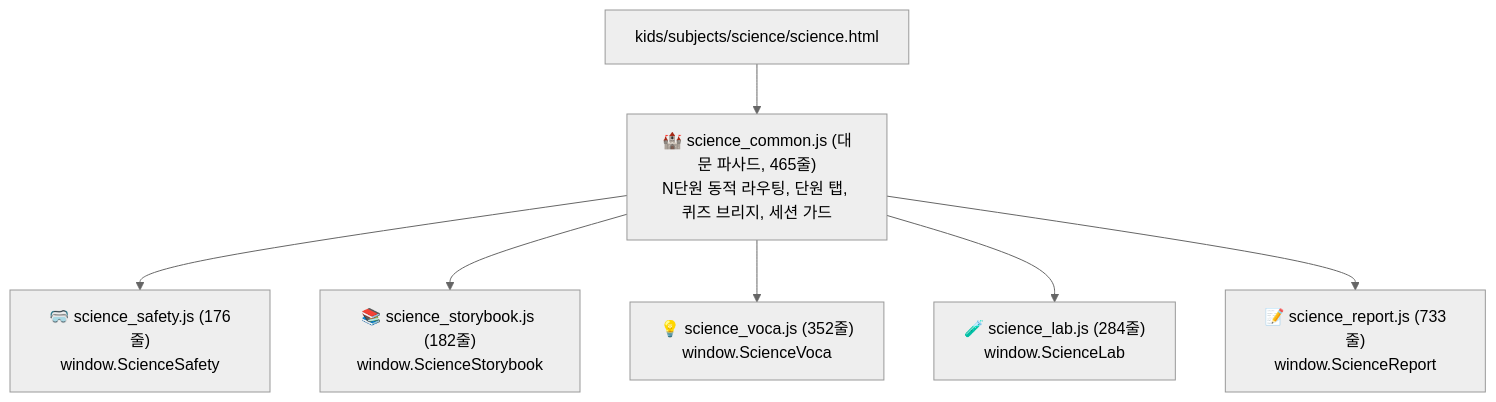
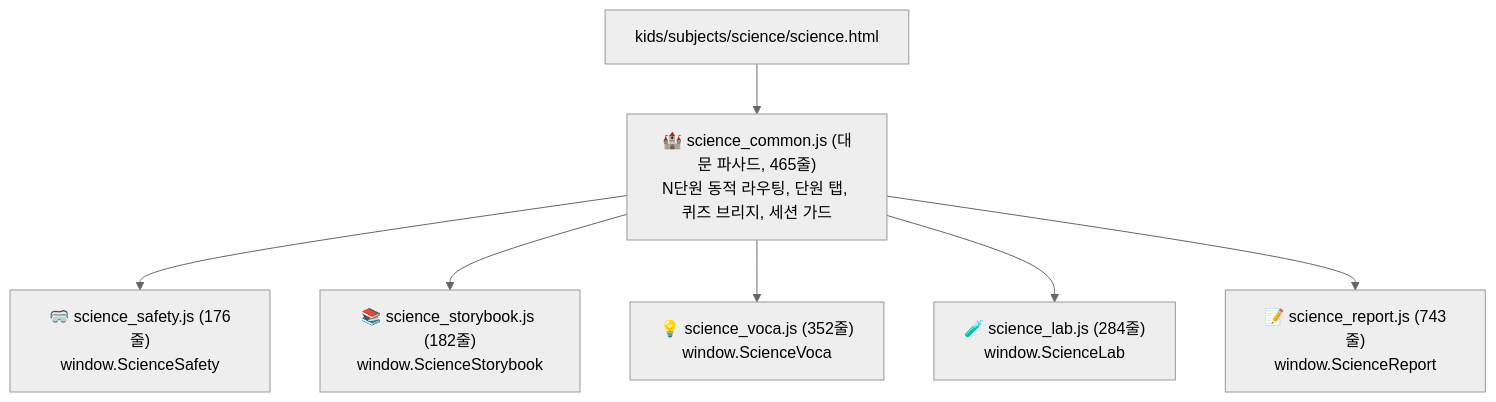
The second of 2 diagrams in docs/science_spec.md (awslike6-web/kids-school), drawn with Mermaid (neutral theme) before and after one commit. The commit also changed other lines of this file and 15 other files, not shown here.

````diff
--- a/docs/science_spec.md
+++ b/docs/science_spec.md
@@ -64,10 +64,10 @@
 ```mermaid
 graph TD
     HTML["kids/subjects/science/science.html"] --> Facade["🏰 science_common.js (대문 파사드, 465줄)<br>N단원 동적 라우팅, 단원 탭, 퀴즈 브리지, 세션 가드"]
     
     Facade --> S0["🥽 science_safety.js (176줄)<br>window.ScienceSafety"]
     Facade --> S1["📚 science_storybook.js (182줄)<br>window.ScienceStorybook"]
     Facade --> S2["💡 science_voca.js (352줄)<br>window.ScienceVoca"]
     Facade --> S3["🧪 science_lab.js (284줄)<br>window.ScienceLab"]
-    Facade --> S4["📝 science_report.js (733줄)<br>window.ScienceReport"]
+    Facade --> S4["📝 science_report.js (743줄)<br>window.ScienceReport"]
 ```
````
